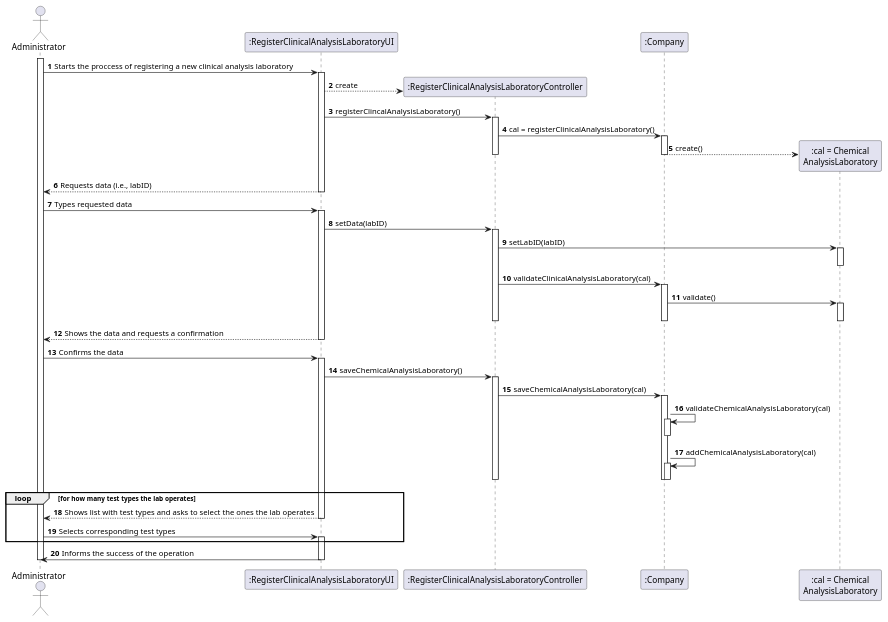
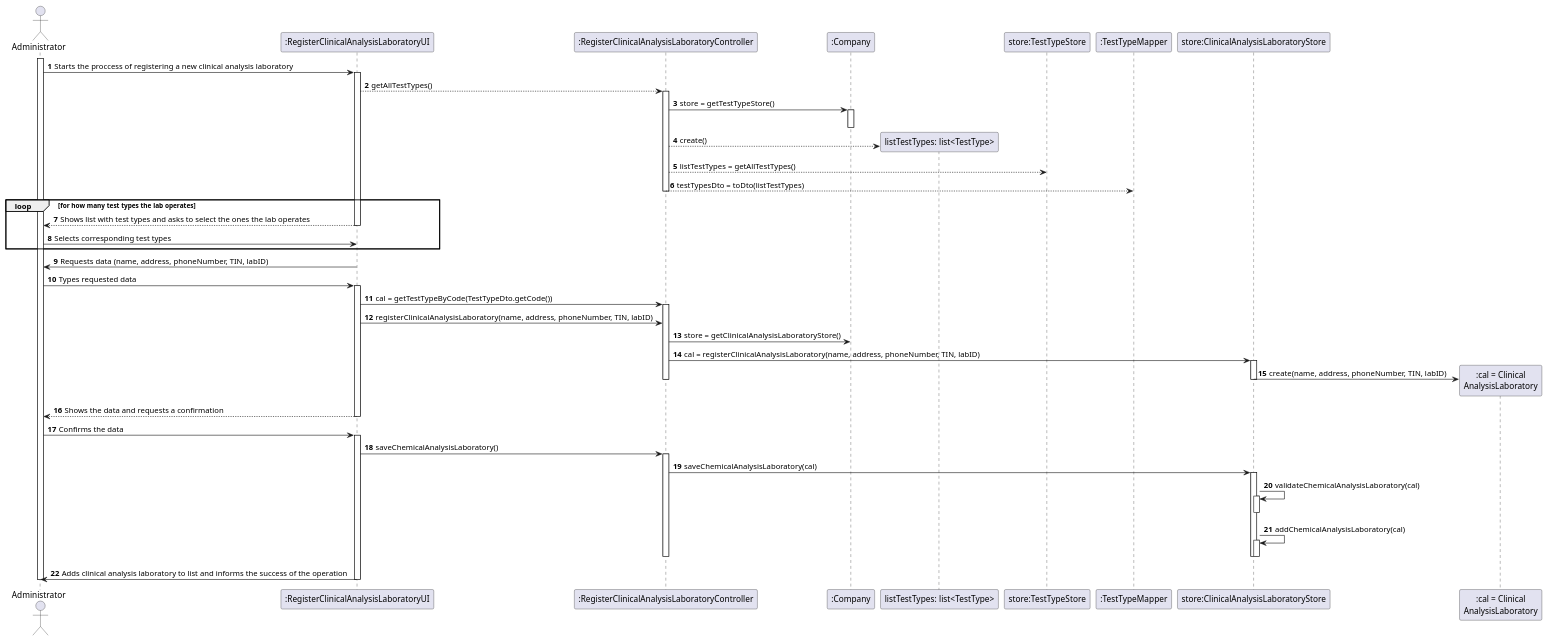
Before and after one commit to 0franciscor/lei-21-s2-1de-g19: the diagram in docs/SprintB/US08/US8_SD.puml, drawn with PlantUML. The commit also changed 7 other files, not shown here.

Commit message:
graphics upd8

```diff
--- a/docs/SprintB/US08/US8_SD.puml
+++ b/docs/SprintB/US08/US8_SD.puml
@@ -1,71 +1,69 @@
 @startuml
 autonumber
 
 actor "Administrator" as ADMIN
 participant ":RegisterClinicalAnalysisLaboratoryUI" as UI
 participant ":RegisterClinicalAnalysisLaboratoryController" as CTRL
 participant ":Company" as CMP
-participant ":cal = Chemical\nAnalysisLaboratory" as CAL
+participant "listTestTypes: list<TestType>" as LTT
+participant "store:TestTypeStore" as TTS
+participant ":TestTypeMapper" as TTM
+participant "store:ClinicalAnalysisLaboratoryStore" as CALS
+participant ":cal = Clinical\nAnalysisLaboratory" as CAL
 
 
 activate ADMIN
 ADMIN -> UI : Starts the proccess of registering a new clinical analysis laboratory
 activate UI
-UI --> CTRL ** : create
-UI -> CTRL : registerClincalAnalysisLaboratory()
+UI --> CTRL : getAllTestTypes()
 activate CTRL
-CTRL -> CMP : cal = registerClinicalAnalysisLaboratory()
-activate CMP
-CMP --> CAL ** : create()
-deactivate CMP
-deactivate CTRL
-UI --> ADMIN : Requests data (i.e., labID)
-deactivate UI
-
-ADMIN -> UI : Types requested data
-activate UI
-UI -> CTRL : setData(labID)
-activate CTRL
-CTRL -> CAL: setLabID(labID)
-activate CAL
-deactivate CAL
-CTRL -> CMP : validateClinicalAnalysisLaboratory(cal)
-activate CMP
-CMP -> CAL : validate()
-activate CAL
-deactivate CAL
-deactivate CMP
-deactivate CTRL
-UI --> ADMIN : Shows the data and requests a confirmation
-deactivate UI
-
-ADMIN -> UI : Confirms the data
-activate UI
-UI -> CTRL : saveChemicalAnalysisLaboratory()
-activate CTRL
-CTRL -> CMP : saveChemicalAnalysisLaboratory(cal)
-activate CMP
-CMP -> CMP : validateChemicalAnalysisLaboratory(cal)
+CTRL -> CMP : store = getTestTypeStore()
 activate CMP
 deactivate CMP
-CMP -> CMP :addChemicalAnalysisLaboratory(cal)
-activate CMP
-deactivate CMP
-deactivate CMP
+CTRL --> LTT ** : create()
+CTRL --> TTS : listTestTypes = getAllTestTypes()
+CTRL --> TTM : testTypesDto = toDto(listTestTypes)
 deactivate CTRL
 
 loop for how many test types the lab operates
 UI --> ADMIN : Shows list with test types and asks to select the ones the lab operates
 deactivate UI 
+ADMIN -> UI : Selects corresponding test types
+end
+
+UI -> ADMIN : Requests data (name, address, phoneNumber, TIN, labID)
+ADMIN -> UI : Types requested data
+activate UI
+UI -> CTRL : cal = getTestTypeByCode(TestTypeDto.getCode())
+activate CTRL
+UI -> CTRL : registerClinicalAnalysisLaboratory(name, address, phoneNumber, TIN, labID)
+CTRL -> CMP : store = getClinicalAnalysisLaboratoryStore()
+CTRL -> CALS : cal = registerClinicalAnalysisLaboratory(name, address, phoneNumber, TIN, labID)
+activate CALS
+CALS -> CAL ** : create(name, address, phoneNumber, TIN, labID)
+deactivate CALS
+deactivate CTRL
+
+UI --> ADMIN : Shows the data and requests a confirmation
+deactivate UI
+ADMIN -> UI : Confirms the data
+activate UI
+UI -> CTRL : saveChemicalAnalysisLaboratory()
+activate CTRL
+CTRL -> CALS : saveChemicalAnalysisLaboratory(cal)
+activate CALS
+CALS -> CALS : validateChemicalAnalysisLaboratory(cal)
+activate CALS
+deactivate CALS
+CALS -> CALS :addChemicalAnalysisLaboratory(cal)
+activate CALS
+deactivate CALS
+deactivate CALS
+deactivate CTRL
 
 
-ADMIN -> UI : Selects corresponding test types
-activate UI 
-end
-
-UI -> ADMIN : Informs the success of the operation
+UI -> ADMIN : Adds clinical analysis laboratory to list and informs the success of the operation
 deactivate UI
-
 deactivate ADMIN
 
 @enduml
```
